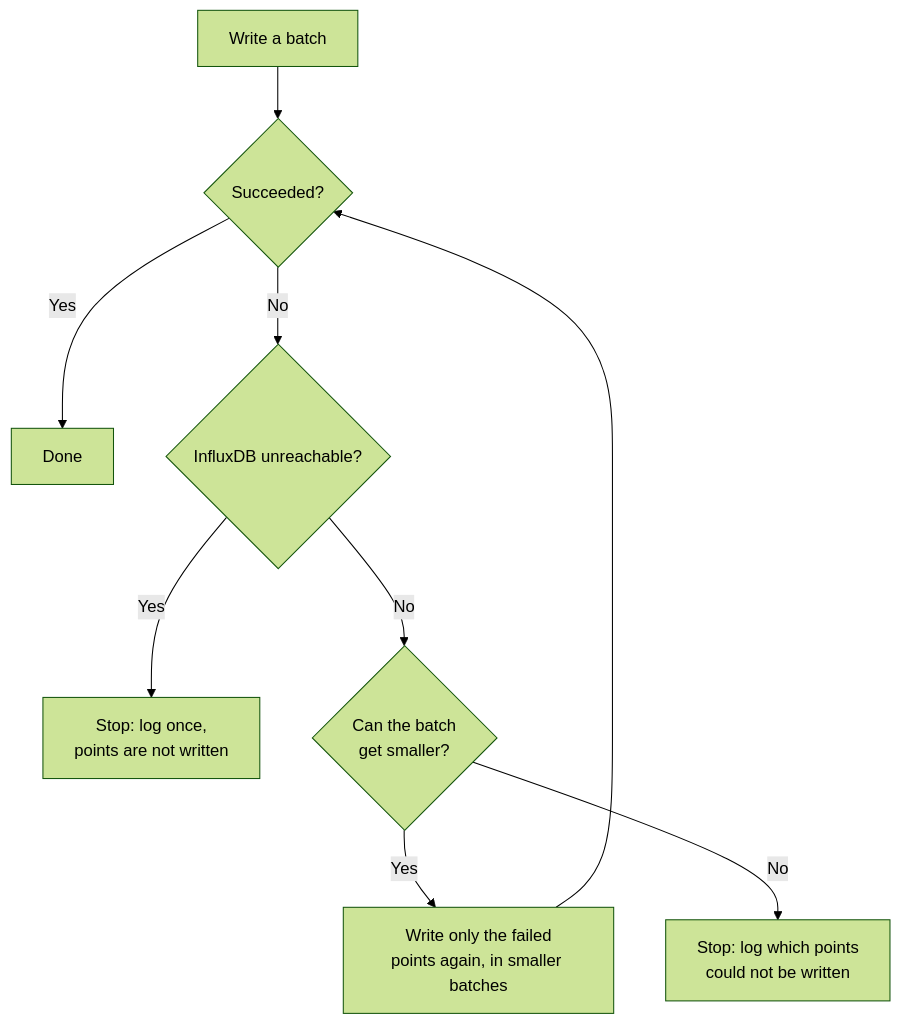
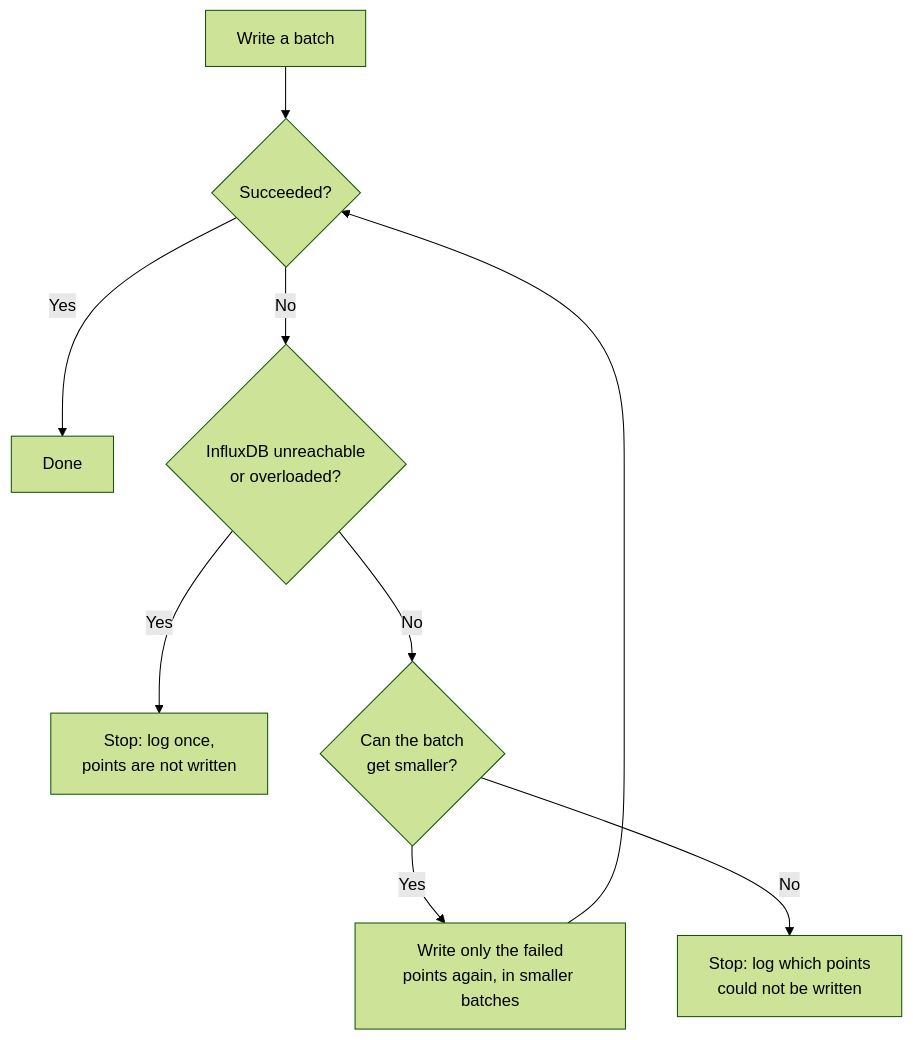
Before and after one commit to ptarmiganlabs/butler-sos: the diagram in docs/to-doc-site/influxdb-write-retries-during-outages.md, drawn with Mermaid (forest theme). The commit also changed other lines of this file and 2 other files, not shown here.

First line of the commit message:
fix: retry InfluxDB writes on 429 and 503, and stop if they persist

````diff
--- a/docs/to-doc-site/influxdb-write-retries-during-outages.md
+++ b/docs/to-doc-site/influxdb-write-retries-during-outages.md
@@ -60,11 +62,11 @@
 ```mermaid
 flowchart TD
     A[Write a batch] --> B{Succeeded?}
     B -- Yes --> Z[Done]
-    B -- No --> C{InfluxDB unreachable?}
+    B -- No --> C{InfluxDB unreachable<br/>or overloaded?}
     C -- Yes --> D[Stop: log once,<br/>points are not written]
     C -- No --> E{Can the batch<br/>get smaller?}
     E -- Yes --> F[Write only the failed<br/>points again, in smaller batches]
     F --> B
     E -- No --> G[Stop: log which points<br/>could not be written]
 ```
````
